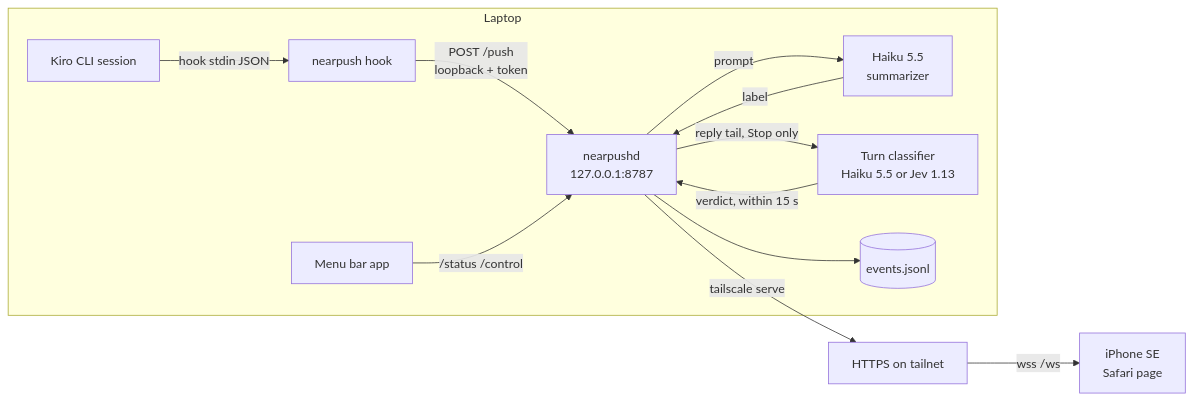
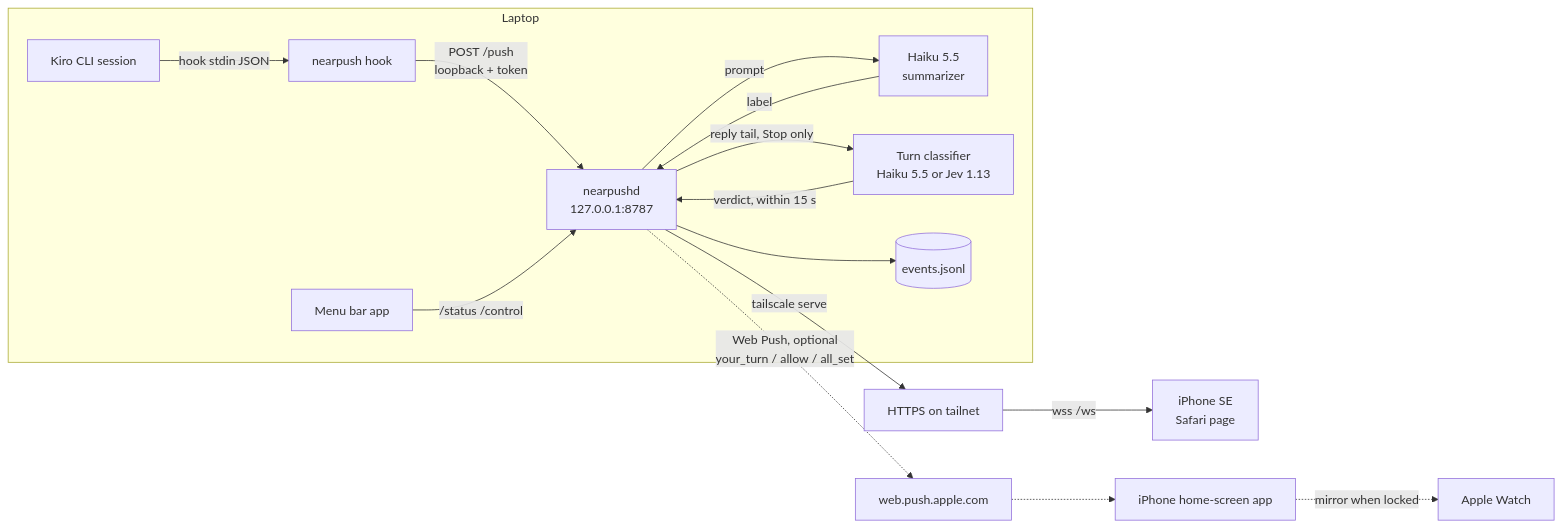
Before and after one commit to openabdev/nearpush: the first of 2 diagrams in docs/kiro.md, drawn with Mermaid. The commit also changed other lines of this file and 1 other file, not shown here.

First line of the commit message:
docs: Web Push setup, config, routes and privacy

````diff
--- a/docs/kiro.md
+++ b/docs/kiro.md
@@ -7,15 +7,17 @@
 ```mermaid
 flowchart LR
   subgraph Laptop
     K[Kiro CLI session] -->|hook stdin JSON| H[nearpush hook]
     H -->|POST /push<br/>loopback + token| D[nearpushd<br/>127.0.0.1:8787]
     D -->|prompt| S[Haiku 5.5<br/>summarizer]
     S -->|label| D
     D -->|reply tail, Stop only| C[Turn classifier<br/>Haiku 5.5 or Jev 1.13]
     C -->|verdict, within 15 s| D
     D --> J[(events.jsonl)]
     A[Menu bar app] -->|/status /control| D
   end
   D -->|tailscale serve| T[HTTPS on tailnet]
   T -->|wss /ws| P[iPhone SE<br/>Safari page]
+  D -.->|Web Push, optional<br/>your_turn / allow / all_set| W[web.push.apple.com]
+  W -.-> I[iPhone home-screen app] -.->|mirror when locked| AW[Apple Watch]
 ```
````
